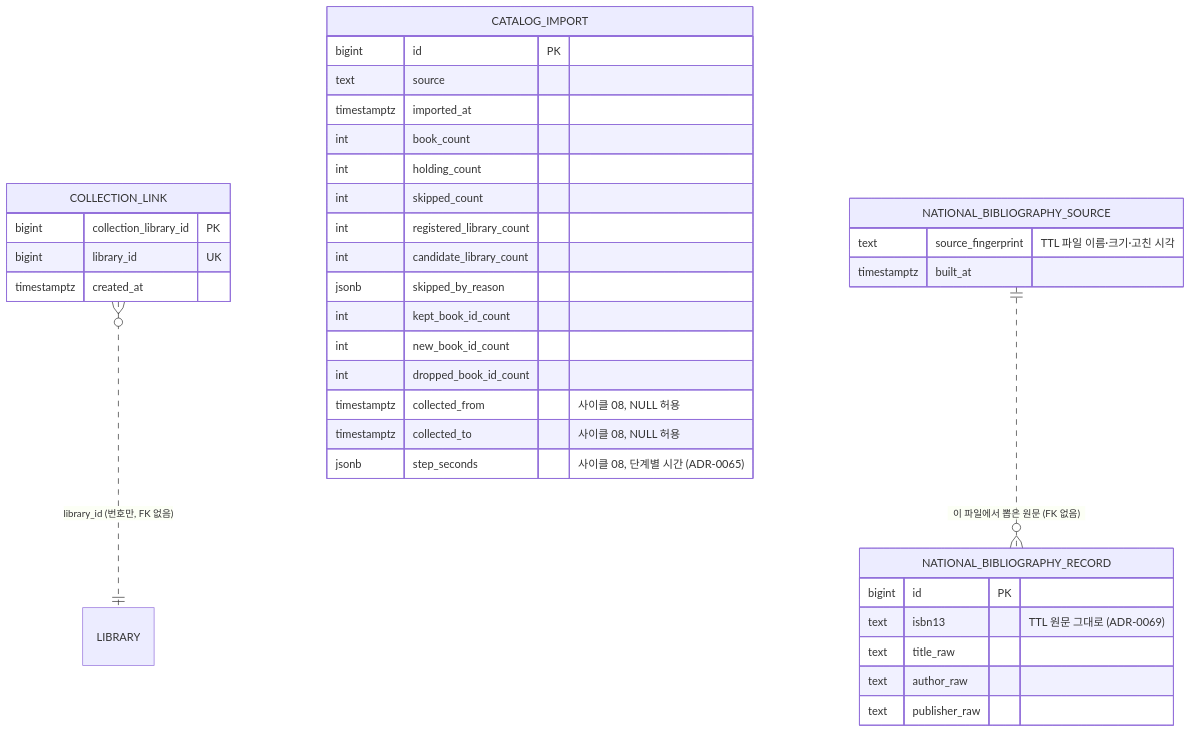
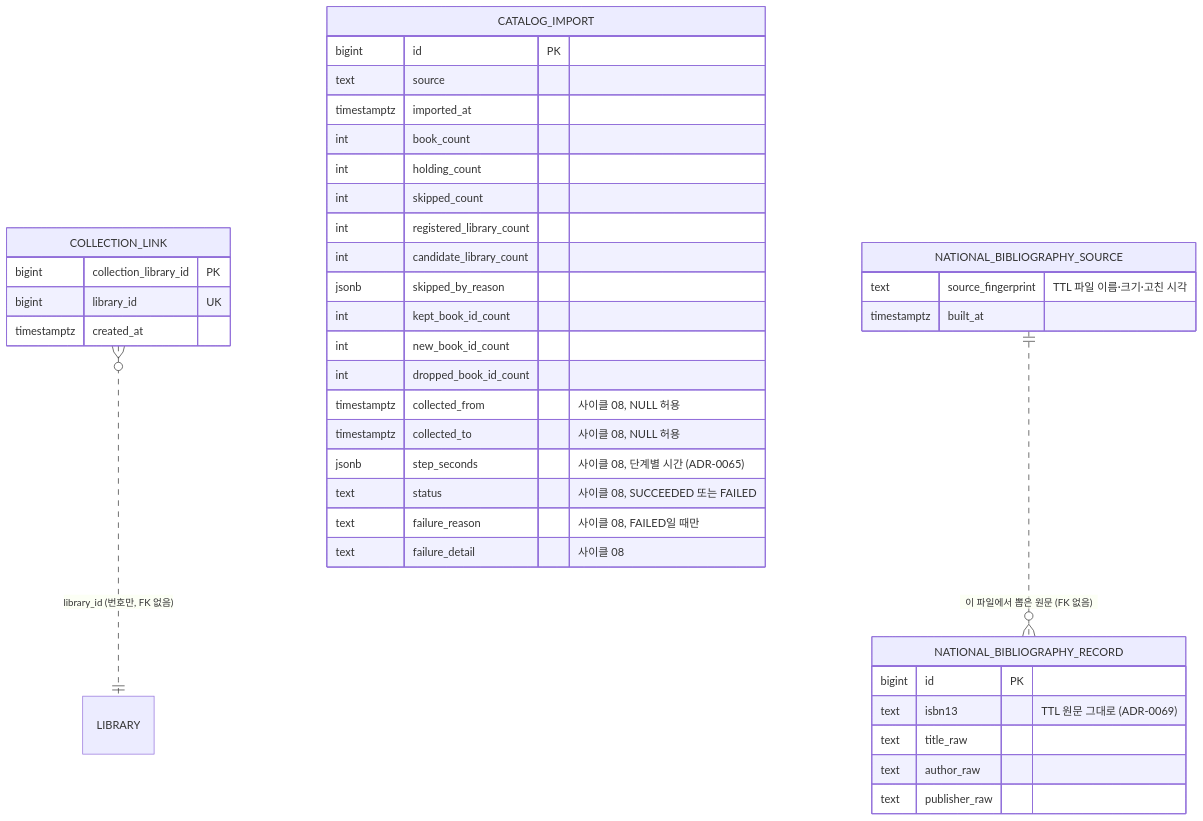
The third of 5 diagrams in docs/current/data-model.md (hodu-sketch/chaekcheck-plan), drawn with Mermaid before and after one commit. The commit also changed other lines of this file and 29 other files, not shown here.

````diff
--- a/docs/current/data-model.md
+++ b/docs/current/data-model.md
@@ -230,38 +285,41 @@
 ```mermaid
 erDiagram
   COLLECTION_LINK {
     bigint collection_library_id PK
     bigint library_id UK
     timestamptz created_at
   }
   CATALOG_IMPORT {
     bigint id PK
     text source
     timestamptz imported_at
     int book_count
     int holding_count
     int skipped_count
     int registered_library_count
     int candidate_library_count
     jsonb skipped_by_reason
     int kept_book_id_count
     int new_book_id_count
     int dropped_book_id_count
     timestamptz collected_from "사이클 08, NULL 허용"
     timestamptz collected_to "사이클 08, NULL 허용"
     jsonb step_seconds "사이클 08, 단계별 시간 (ADR-0065)"
+    text status "사이클 08, SUCCEEDED 또는 FAILED"
+    text failure_reason "사이클 08, FAILED일 때만"
+    text failure_detail "사이클 08"
   }
   NATIONAL_BIBLIOGRAPHY_RECORD {
     bigint id PK
     text isbn13 "TTL 원문 그대로 (ADR-0069)"
     text title_raw
     text author_raw
     text publisher_raw
   }
   NATIONAL_BIBLIOGRAPHY_SOURCE {
     text source_fingerprint "TTL 파일 이름·크기·고친 시각"
     timestamptz built_at
   }
   COLLECTION_LINK }o..|| LIBRARY : "library_id (번호만, FK 없음)"
   NATIONAL_BIBLIOGRAPHY_SOURCE ||..o{ NATIONAL_BIBLIOGRAPHY_RECORD : "이 파일에서 뽑은 원문 (FK 없음)"
 ```
````
